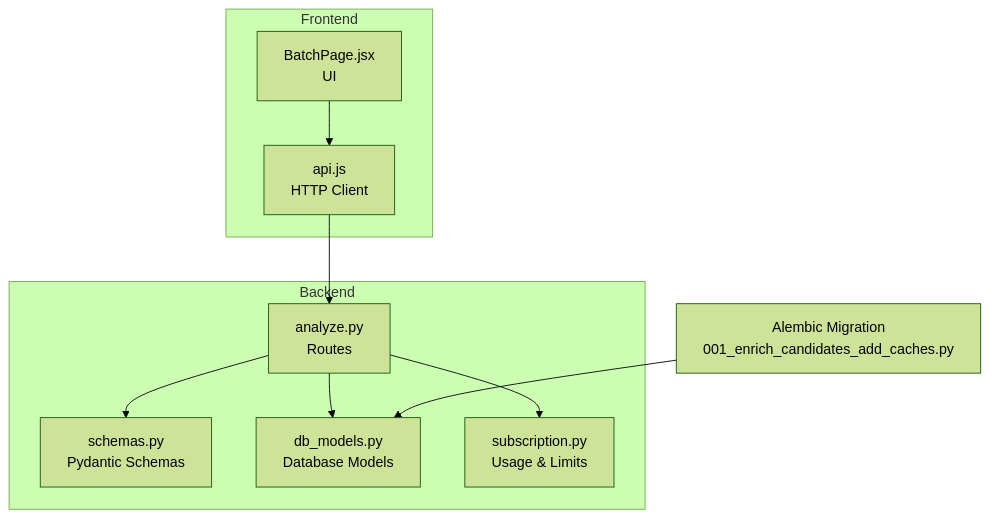
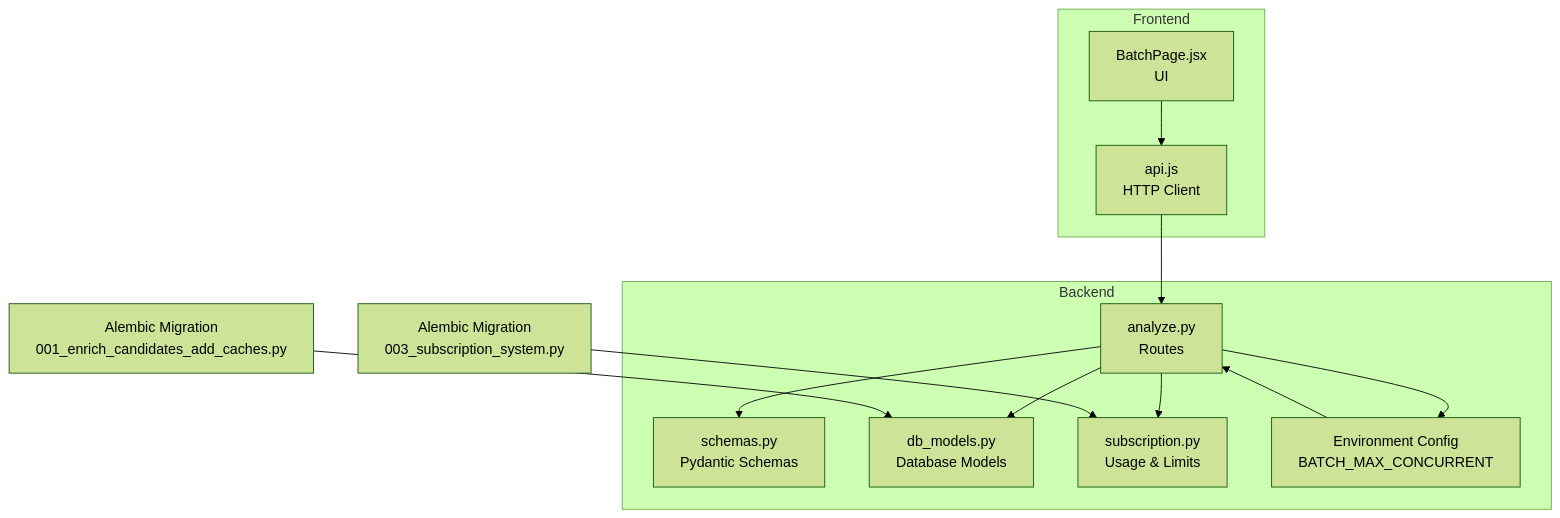
One commit to Revanththetalogics/aireume changed the first of 3 diagrams in .qoder/repowiki/en/content/API Reference/Analysis Endpoints/Batch Analysis.md. Above: the diagram before and after it, drawn with Mermaid (forest theme). The commit also changed other lines of this file and 6 other files, not shown here.

````diff
--- a/.qoder/repowiki/en/content/API Reference/Analysis Endpoints/Batch Analysis.md
+++ b/.qoder/repowiki/en/content/API Reference/Analysis Endpoints/Batch Analysis.md
@@ -50,20 +52,25 @@
 ```mermaid
 graph TB
 subgraph "Backend"
 A["analyze.py<br/>Routes"]
 B["schemas.py<br/>Pydantic Schemas"]
 C["db_models.py<br/>Database Models"]
 D["subscription.py<br/>Usage & Limits"]
+E["Environment Config<br/>BATCH_MAX_CONCURRENT"]
 end
 subgraph "Frontend"
-E["BatchPage.jsx<br/>UI"]
-F["api.js<br/>HTTP Client"]
+F["BatchPage.jsx<br/>UI"]
+G["api.js<br/>HTTP Client"]
 end
-G["Alembic Migration<br/>001_enrich_candidates_add_caches.py"]
-E --> F
-F --> A
+H["Alembic Migration<br/>001_enrich_candidates_add_caches.py"]
+I["Alembic Migration<br/>003_subscription_system.py"]
+E --> A
+F --> G
+G --> A
 A --> B
 A --> C
 A --> D
-G --> C
+A --> E
+H --> C
+I --> D
 ```
````
